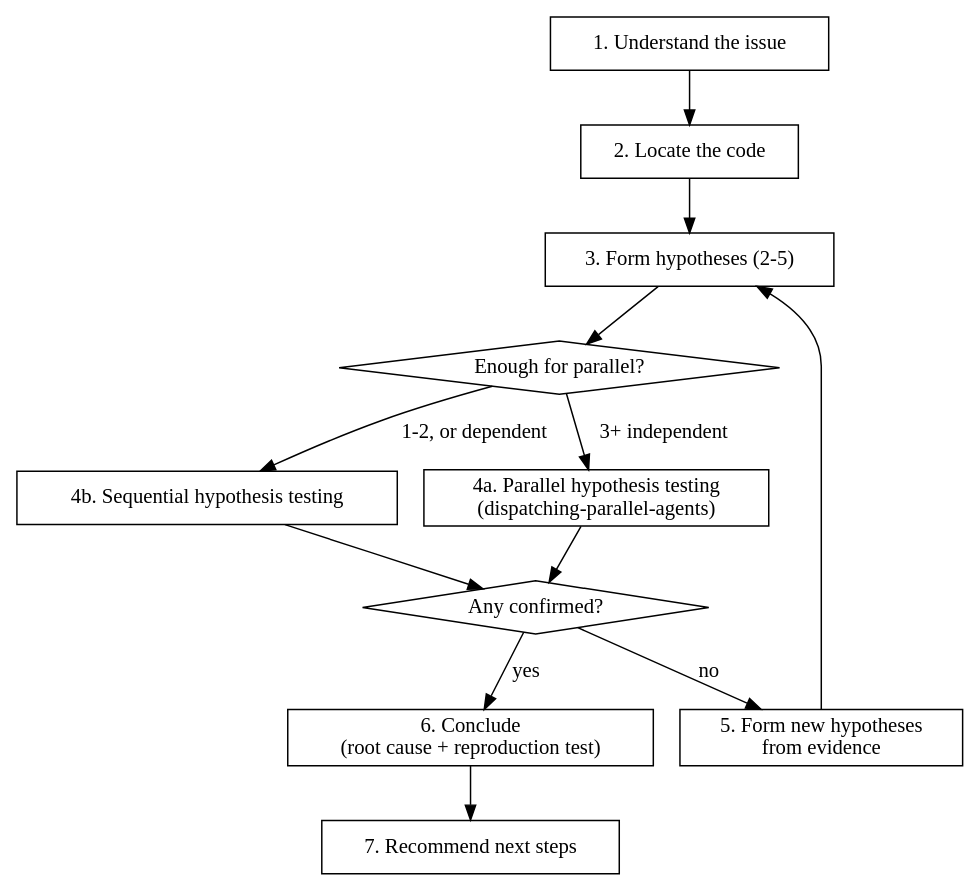
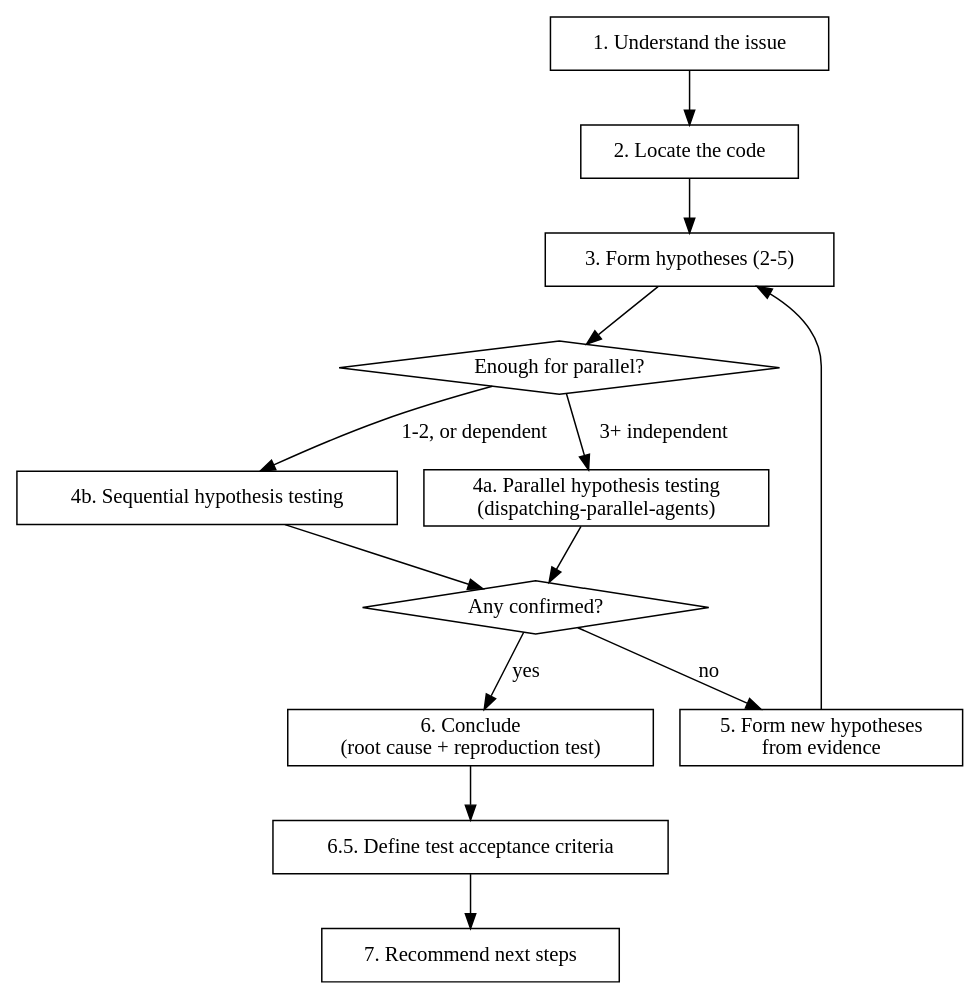
Before and after one commit to obra/superpowers: the diagram in skills/bug-triage/SKILL.md, drawn with Graphviz. The commit also changed other lines of this file and 5 other files, not shown here.

````diff
--- a/skills/bug-triage/SKILL.md
+++ b/skills/bug-triage/SKILL.md
@@ -38,28 +38,30 @@
 ```dot
 digraph triage {
     rankdir=TB;
 
     "1. Understand the issue" [shape=box];
     "2. Locate the code" [shape=box];
     "3. Form hypotheses (2-5)" [shape=box];
     "Enough for parallel?" [shape=diamond];
     "4a. Parallel hypothesis testing\n(dispatching-parallel-agents)" [shape=box];
     "4b. Sequential hypothesis testing" [shape=box];
     "Any confirmed?" [shape=diamond];
     "5. Form new hypotheses\nfrom evidence" [shape=box];
     "6. Conclude\n(root cause + reproduction test)" [shape=box];
+    "6.5. Define test acceptance criteria" [shape=box];
     "7. Recommend next steps" [shape=box];
 
     "1. Understand the issue" -> "2. Locate the code";
     "2. Locate the code" -> "3. Form hypotheses (2-5)";
     "3. Form hypotheses (2-5)" -> "Enough for parallel?";
     "Enough for parallel?" -> "4a. Parallel hypothesis testing\n(dispatching-parallel-agents)" [label="3+ independent"];
     "Enough for parallel?" -> "4b. Sequential hypothesis testing" [label="1-2, or dependent"];
     "4a. Parallel hypothesis testing\n(dispatching-parallel-agents)" -> "Any confirmed?";
     "4b. Sequential hypothesis testing" -> "Any confirmed?";
     "Any confirmed?" -> "6. Conclude\n(root cause + reproduction test)" [label="yes"];
     "Any confirmed?" -> "5. Form new hypotheses\nfrom evidence" [label="no"];
     "5. Form new hypotheses\nfrom evidence" -> "3. Form hypotheses (2-5)";
-    "6. Conclude\n(root cause + reproduction test)" -> "7. Recommend next steps";
+    "6. Conclude\n(root cause + reproduction test)" -> "6.5. Define test acceptance criteria";
+    "6.5. Define test acceptance criteria" -> "7. Recommend next steps";
 }
 ```
````
